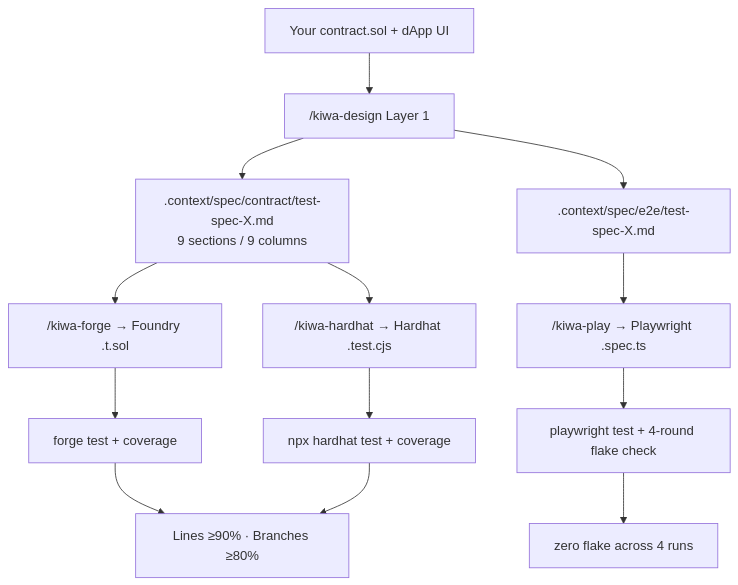
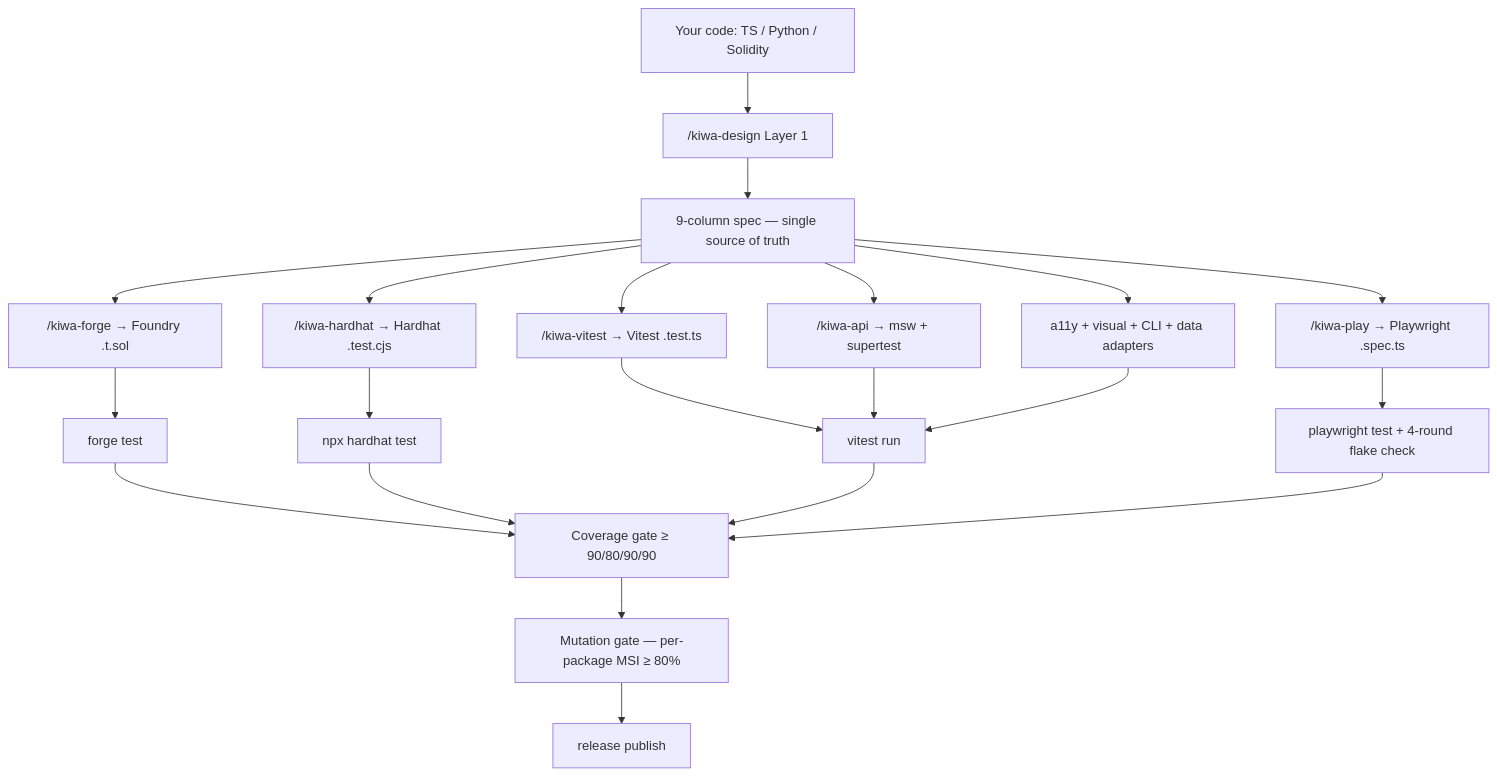
The diagram in README.md (cardene777/kiwa), drawn with Mermaid before and after one commit. The commit also changed other lines of this file and 1 other file, not shown here.

First paragraph of the commit message:
✨ docs: README tagline + Why kiwa を polyglot positioning に同期 (Closes #455)
PR #454 で動画を polyglot positioning に shift 済の流れで、 README (en/ja)
の主要 messaging を動画と完全一致させる。

````diff
--- a/README.md
+++ b/README.md
@@ -49,15 +49,23 @@
 ```mermaid
 graph TD
-    A[Your contract.sol + dApp UI] --> B["/kiwa-design Layer 1"]
-    B --> C[.context/spec/contract/test-spec-X.md<br/>9 sections / 9 columns]
-    B --> D[.context/spec/e2e/test-spec-X.md]
-    C --> E["/kiwa-forge → Foundry .t.sol"]
-    C --> F["/kiwa-hardhat → Hardhat .test.cjs"]
-    D --> G["/kiwa-play → Playwright .spec.ts"]
-    E --> H[forge test + coverage]
-    F --> I[npx hardhat test + coverage]
-    G --> J[playwright test + 4-round flake check]
-    H --> K[Lines ≥90% · Branches ≥80%]
-    I --> K
-    J --> L[zero flake across 4 runs]
+    A[Your code: TS / Python / Solidity] --> B["/kiwa-design Layer 1"]
+    B --> C[9-column spec — single source of truth]
+    C --> D["/kiwa-forge → Foundry .t.sol"]
+    C --> E["/kiwa-hardhat → Hardhat .test.cjs"]
+    C --> F["/kiwa-vitest → Vitest .test.ts"]
+    C --> G["/kiwa-api → msw + supertest"]
+    C --> H["/kiwa-play → Playwright .spec.ts"]
+    C --> I["a11y + visual + CLI + data adapters"]
+    D --> J[forge test]
+    E --> K[npx hardhat test]
+    F --> L[vitest run]
+    G --> L
+    H --> M[playwright test + 4-round flake check]
+    I --> L
+    J --> N[Coverage gate ≥ 90/80/90/90]
+    K --> N
+    L --> N
+    M --> N
+    N --> O[Mutation gate — per-package MSI ≥ 80%]
+    O --> P[release publish]
 ```
````
